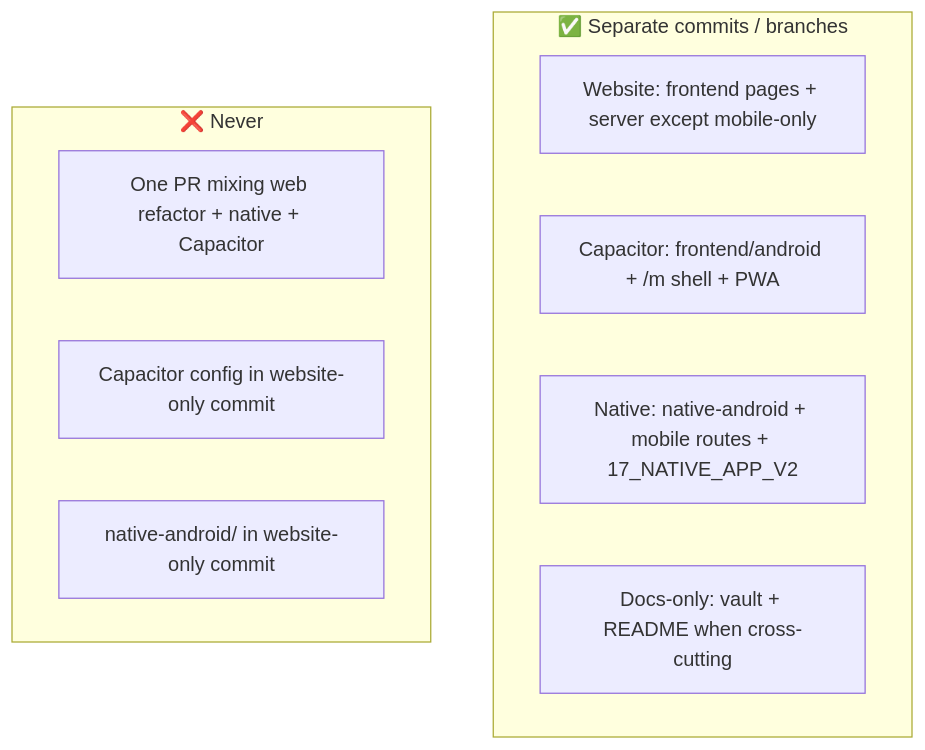
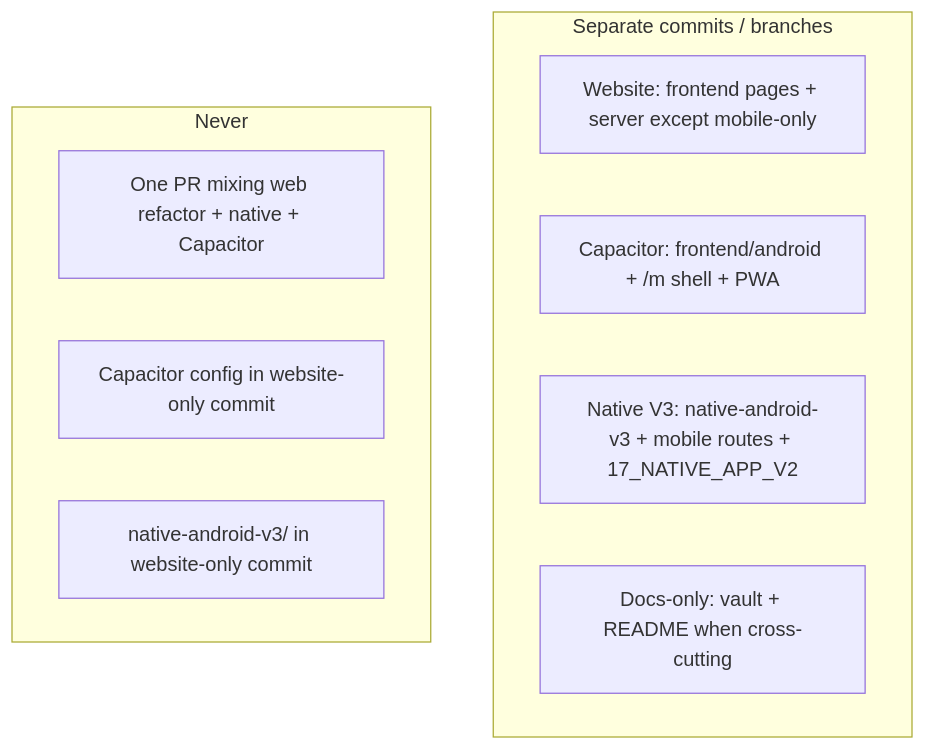
The third of 3 diagrams in docs/knowledge/02_ARCHITECTURE/Monorepo.md (Addy48/AIIMIN), drawn with Mermaid before and after one commit. The commit also changed other lines of this file and 7178 other files, not shown here.

Commit message:
docs: update application architecture guide and route documentation

````diff
--- a/docs/knowledge/02_ARCHITECTURE/Monorepo.md
+++ b/docs/knowledge/02_ARCHITECTURE/Monorepo.md
@@ -91,14 +114,14 @@
 ```mermaid
 flowchart TB
-  subgraph ok["✅ Separate commits / branches"]
+  subgraph ok["Separate commits / branches"]
     W[Website: frontend pages + server except mobile-only]
     C[Capacitor: frontend/android + /m shell + PWA]
-    N[Native: native-android + mobile routes + 17_NATIVE_APP_V2]
+    N[Native V3: native-android-v3 + mobile routes + 17_NATIVE_APP_V2]
     D[Docs-only: vault + README when cross-cutting]
   end
-  subgraph bad["❌ Never"]
+  subgraph bad["Never"]
     X[One PR mixing web refactor + native + Capacitor]
     Y[Capacitor config in website-only commit]
-    Z[native-android/ in website-only commit]
+    Z[native-android-v3/ in website-only commit]
   end
 ```
````
